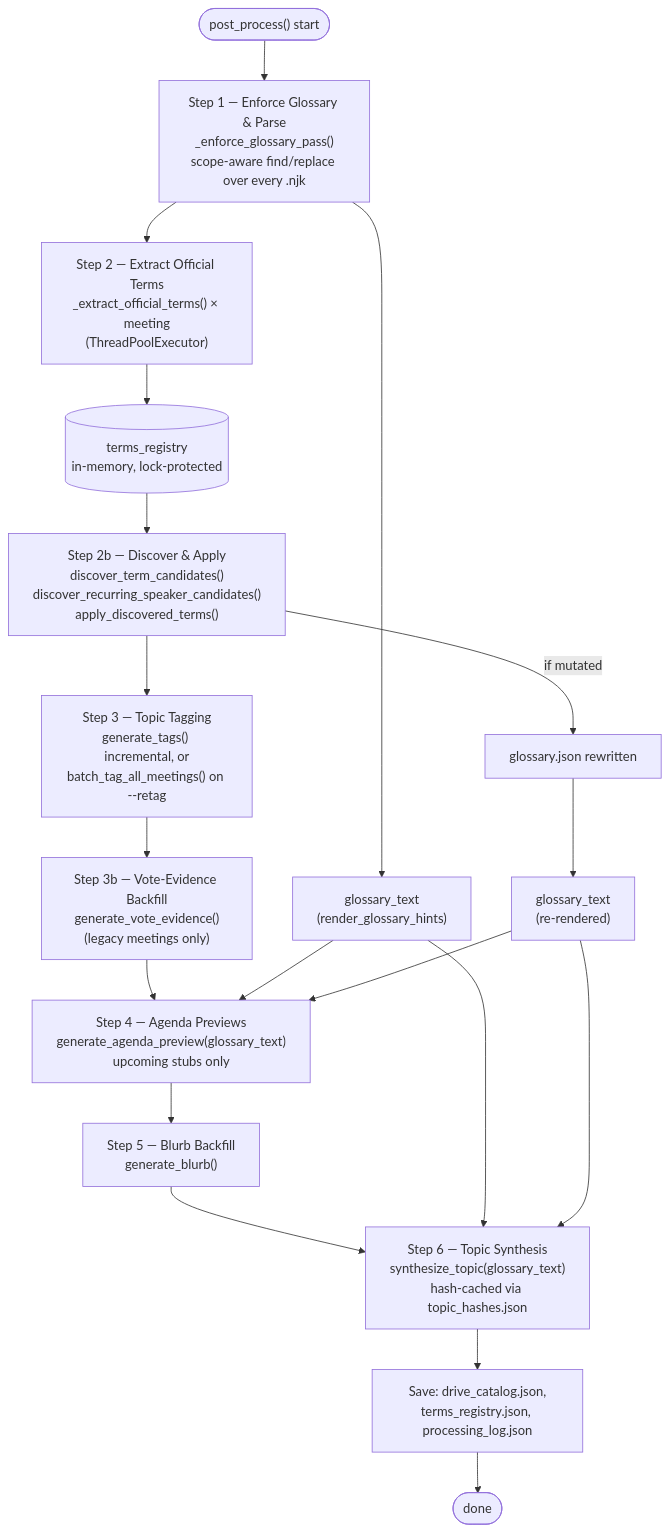
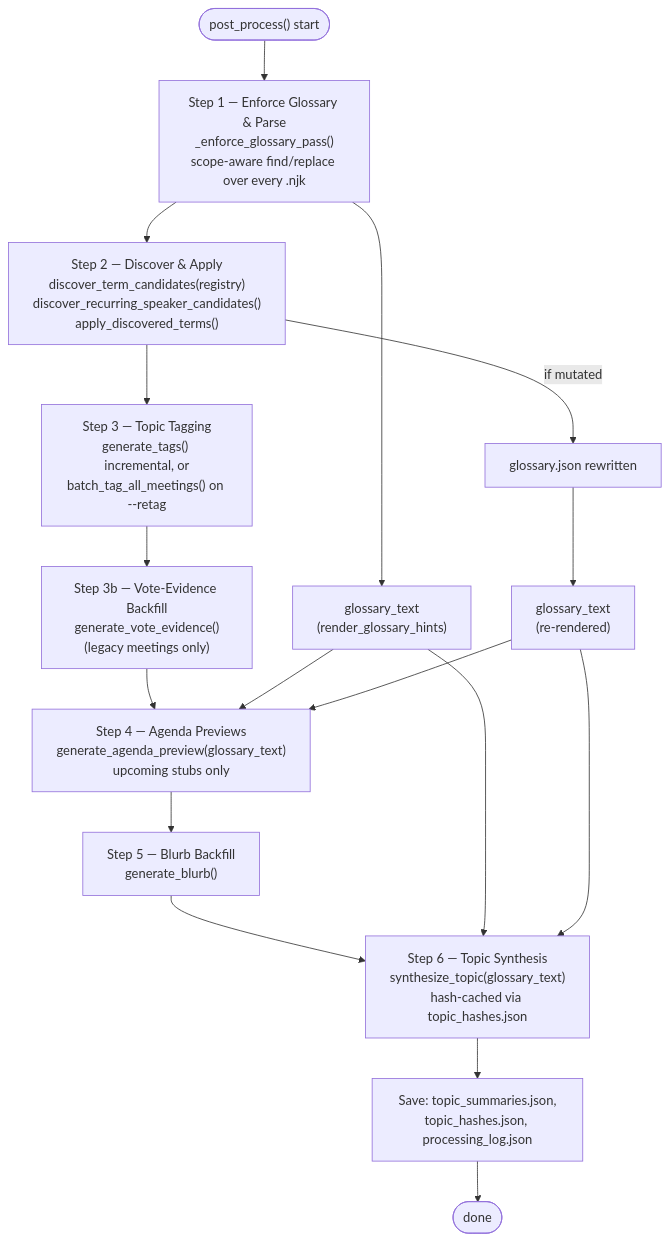
One commit to wheelerbb/spsd-board-meetings changed the fifth of 5 diagrams in docs/pipeline.md. Above: the diagram before and after it, drawn with Mermaid. The commit also changed other lines of this file and 12 other files, not shown here.

First line of the commit message:
Implement dedicated term-extraction stage and derived registry rebuild (todo 026)

````diff
--- a/docs/pipeline.md
+++ b/docs/pipeline.md
@@ -412,21 +456,20 @@
 ```mermaid
 flowchart TD
     START(["post_process() start"]) --> S1
     S1["Step 1 — Enforce Glossary &amp; Parse<br/>_enforce_glossary_pass()<br/>scope-aware find/replace over every .njk"] --> GT1["glossary_text<br/>(render_glossary_hints)"]
     S1 --> S2
-    S2["Step 2 — Extract Official Terms<br/>_extract_official_terms() × meeting<br/>(ThreadPoolExecutor)"] --> REGW[("terms_registry<br/>in-memory, lock-protected")]
-    REGW --> S2b["Step 2b — Discover &amp; Apply<br/>discover_term_candidates()<br/>discover_recurring_speaker_candidates()<br/>apply_discovered_terms()"]
-    S2b -->|if mutated| GLOSW["glossary.json rewritten"]
+    S2["Step 2 — Discover &amp; Apply<br/>discover_term_candidates(registry)<br/>discover_recurring_speaker_candidates()<br/>apply_discovered_terms()"]
+    S2 -->|if mutated| GLOSW["glossary.json rewritten"]
     GLOSW --> GT2["glossary_text<br/>(re-rendered)"]
-    S2b --> S3
+    S2 --> S3
     S3["Step 3 — Topic Tagging<br/>generate_tags() incremental, or<br/>batch_tag_all_meetings() on --retag"] --> S3b
     S3b["Step 3b — Vote-Evidence Backfill<br/>generate_vote_evidence()<br/>(legacy meetings only)"] --> S4
     GT1 --> S4
     GT2 --> S4
     S4["Step 4 — Agenda Previews<br/>generate_agenda_preview(glossary_text)<br/>upcoming stubs only"] --> S5
     S5["Step 5 — Blurb Backfill<br/>generate_blurb()"] --> S6
     GT1 --> S6
     GT2 --> S6
     S6["Step 6 — Topic Synthesis<br/>synthesize_topic(glossary_text)<br/>hash-cached via topic_hashes.json"] --> SAVE
-    SAVE["Save: drive_catalog.json,<br/>terms_registry.json, processing_log.json"] --> DONE(["done"])
+    SAVE["Save: topic_summaries.json,<br/>topic_hashes.json, processing_log.json"] --> DONE(["done"])
 ```
````
